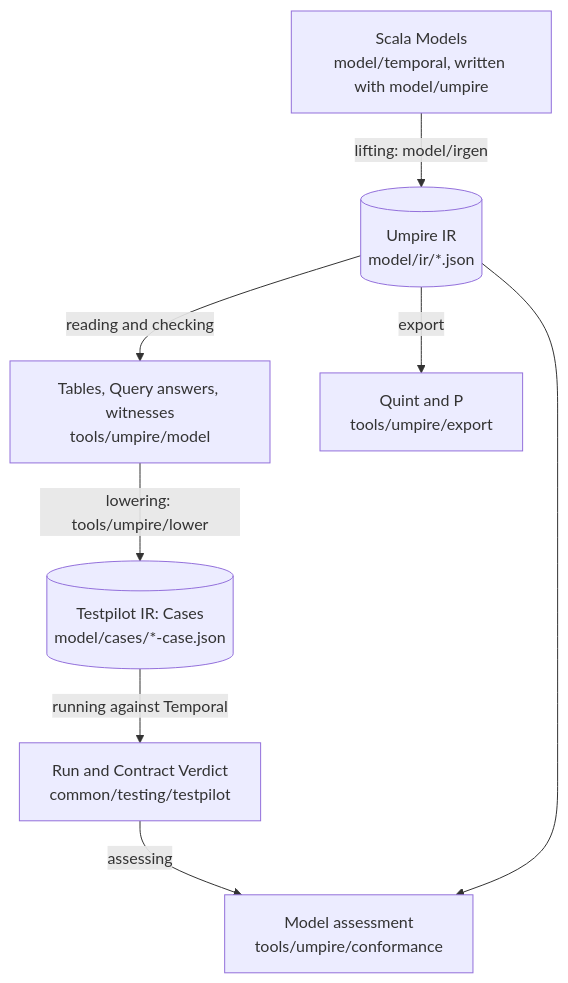
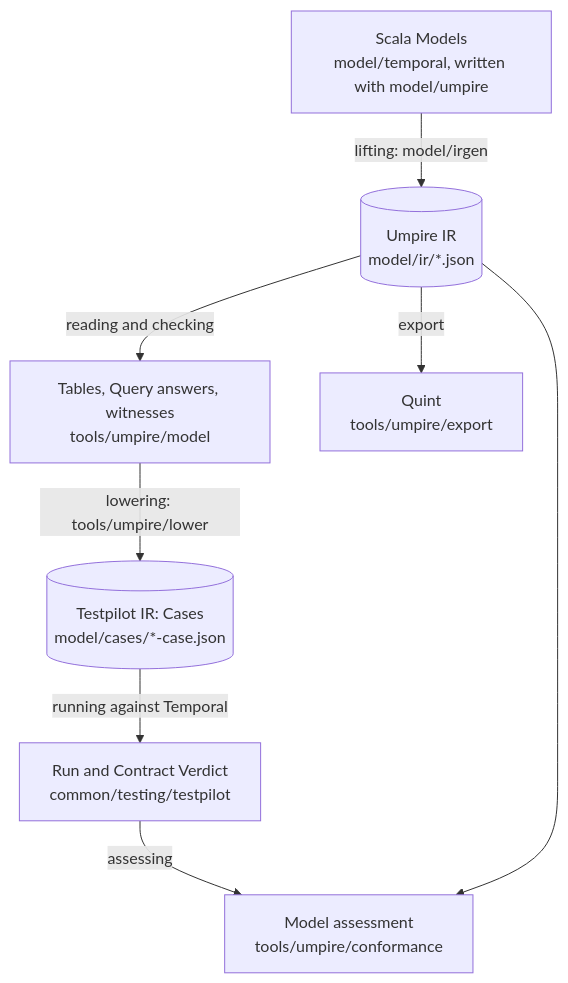
Before and after one commit to stephanos/temporal: the diagram in model/README.md, drawn with Mermaid. The commit also changed other lines of this file and 11 other files, not shown here.

Commit message:
refactor(umpire): retire P export (Task: fn-124.9)

````diff
--- a/model/README.md
+++ b/model/README.md
@@ -96,18 +96,18 @@
 ```mermaid
 flowchart TD
     scala["Scala Models<br/>model/temporal, written with model/umpire"]
     uir[("Umpire IR<br/>model/ir/*.json")]
     reader["Tables, Query answers, witnesses<br/>tools/umpire/model"]
     tir[("Testpilot IR: Cases<br/>model/cases/*-case.json")]
     run["Run and Contract Verdict<br/>common/testing/testpilot"]
     assessment["Model assessment<br/>tools/umpire/conformance"]
-    other["Quint and P<br/>tools/umpire/export"]
+    other["Quint<br/>tools/umpire/export"]
 
     scala -->|"lifting: model/irgen"| uir
     uir -->|"reading and checking"| reader
     reader -->|"lowering: tools/umpire/lower"| tir
     tir -->|"running against Temporal"| run
     run -->|"assessing"| assessment
     uir --> assessment
     uir -->|"export"| other
 ```
````
